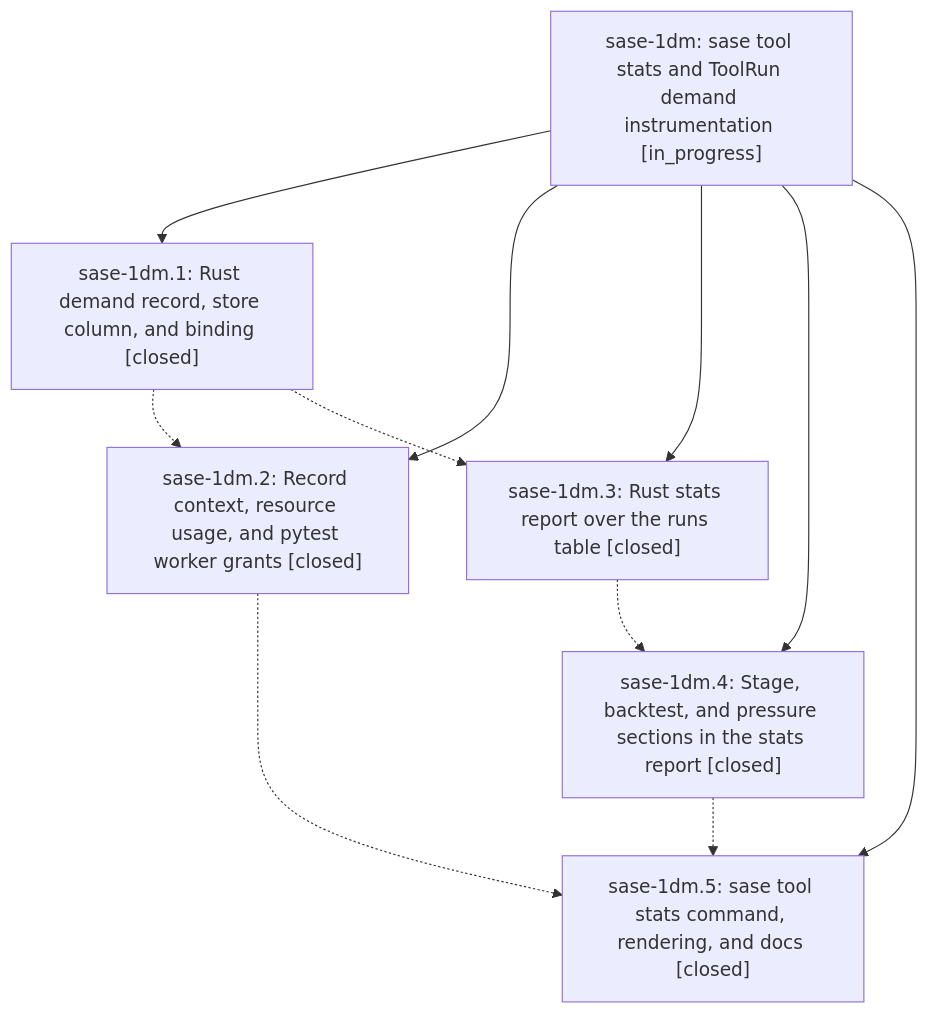
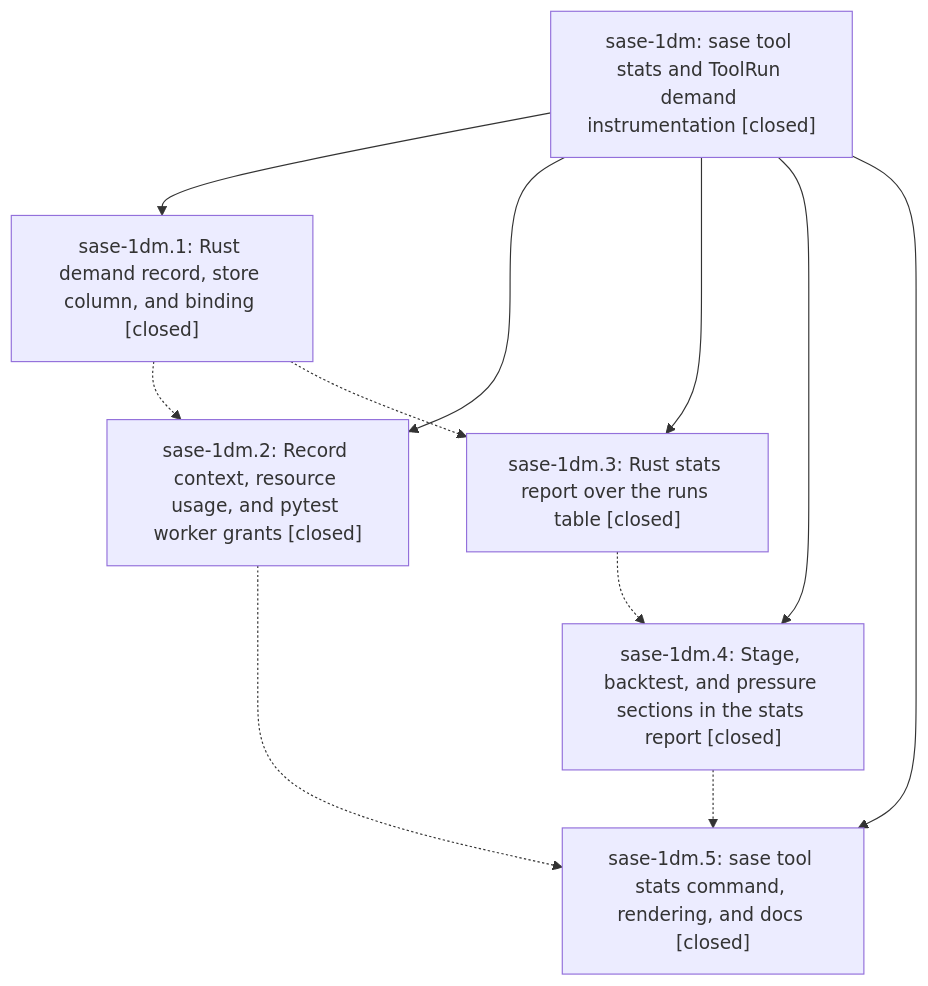
The diagram in pages/sase-1dm/README.md (sase-org/sase--beads), drawn with Mermaid before and after one commit. The commit also changed other lines of this file and 1 other file, not shown here.

First line of the commit message:
chore(beads): sync bead state and pages for sase-1dm

````diff
--- a/pages/sase-1dm/README.md
+++ b/pages/sase-1dm/README.md
@@ -26,19 +40,19 @@
 ```mermaid
 flowchart TD
-    n0["sase-1dm: sase tool stats and ToolRun demand instrumentation [in_progress]"]
+    n0["sase-1dm: sase tool stats and ToolRun demand instrumentation [closed]"]
     n1["sase-1dm.1: Rust demand record, store column, and binding [closed]"]
     n2["sase-1dm.2: Record context, resource usage, and pytest worker grants [closed]"]
     n3["sase-1dm.3: Rust stats report over the runs table [closed]"]
     n4["sase-1dm.4: Stage, backtest, and pressure sections in the stats report [closed]"]
     n5["sase-1dm.5: sase tool stats command, rendering, and docs [closed]"]
     n0 --> n1
     n0 --> n2
     n0 --> n3
     n0 --> n4
     n0 --> n5
     n1 -.-> n2
     n1 -.-> n3
     n2 -.-> n5
     n3 -.-> n4
     n4 -.-> n5
 ```
````
